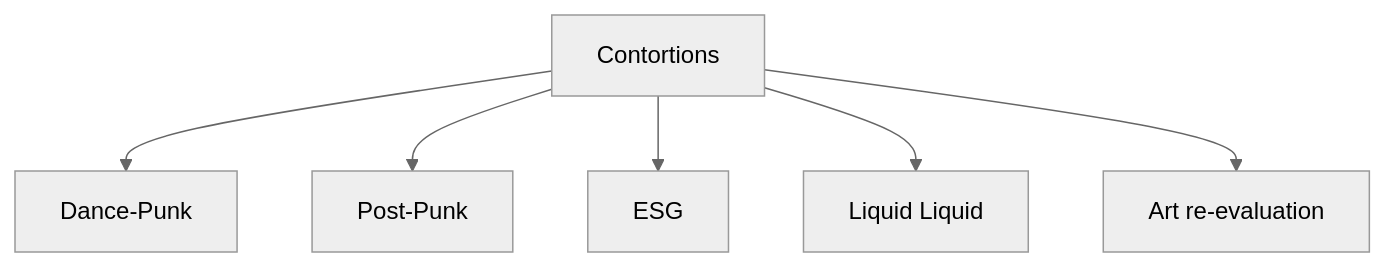
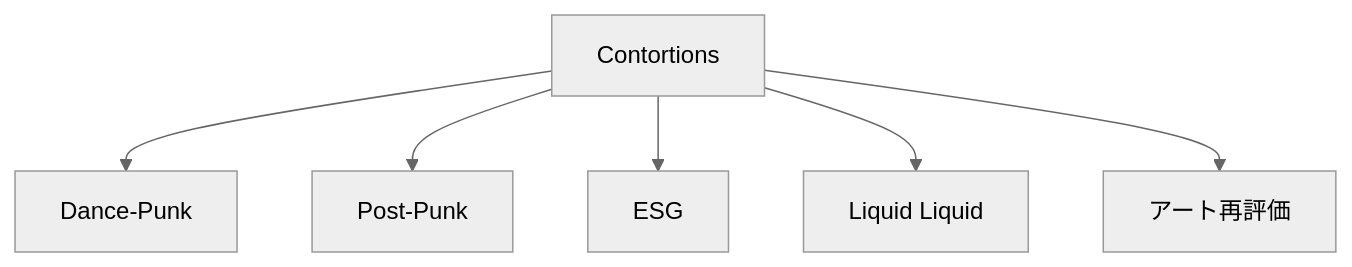
One commit to monumental-movement/monumental-movement.github.io changed the fourth of 5 diagrams in en/_posts/2025-11-21-column-james-chance-and-the-contortions.md. Above: the diagram before and after it, drawn with Mermaid (neutral theme). The commit also changed other lines of this file and 2196 other files, not shown here.

```diff
--- a/en/_posts/2025-11-21-column-james-chance-and-the-contortions.md
+++ b/en/_posts/2025-11-21-column-james-chance-and-the-contortions.md
@@ -172,9 +172,9 @@
 <div class="mermaid">
 
 graph TD
 A["Contortions"] --> B["Dance-Punk"]
 A --> C["Post-Punk"]
 A --> D["ESG"]
 A --> E["Liquid Liquid"]
-A --> F["Art re-evaluation"]
+A --> F["アート再評価"]
 </div>
```
